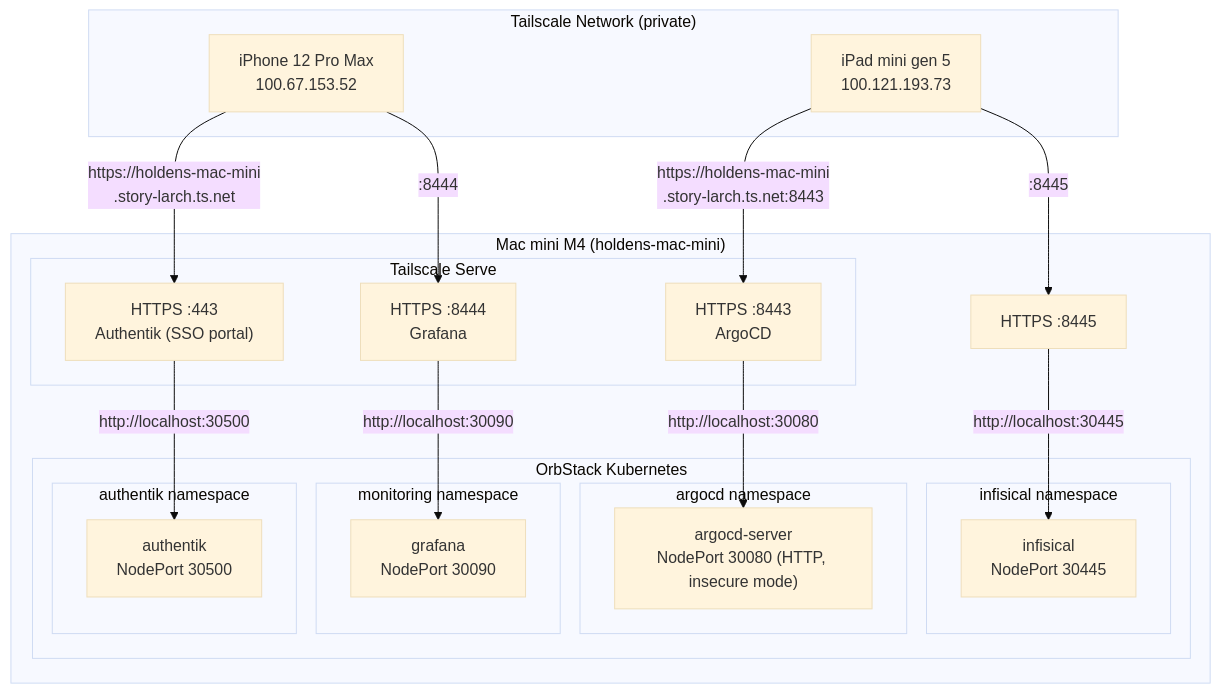
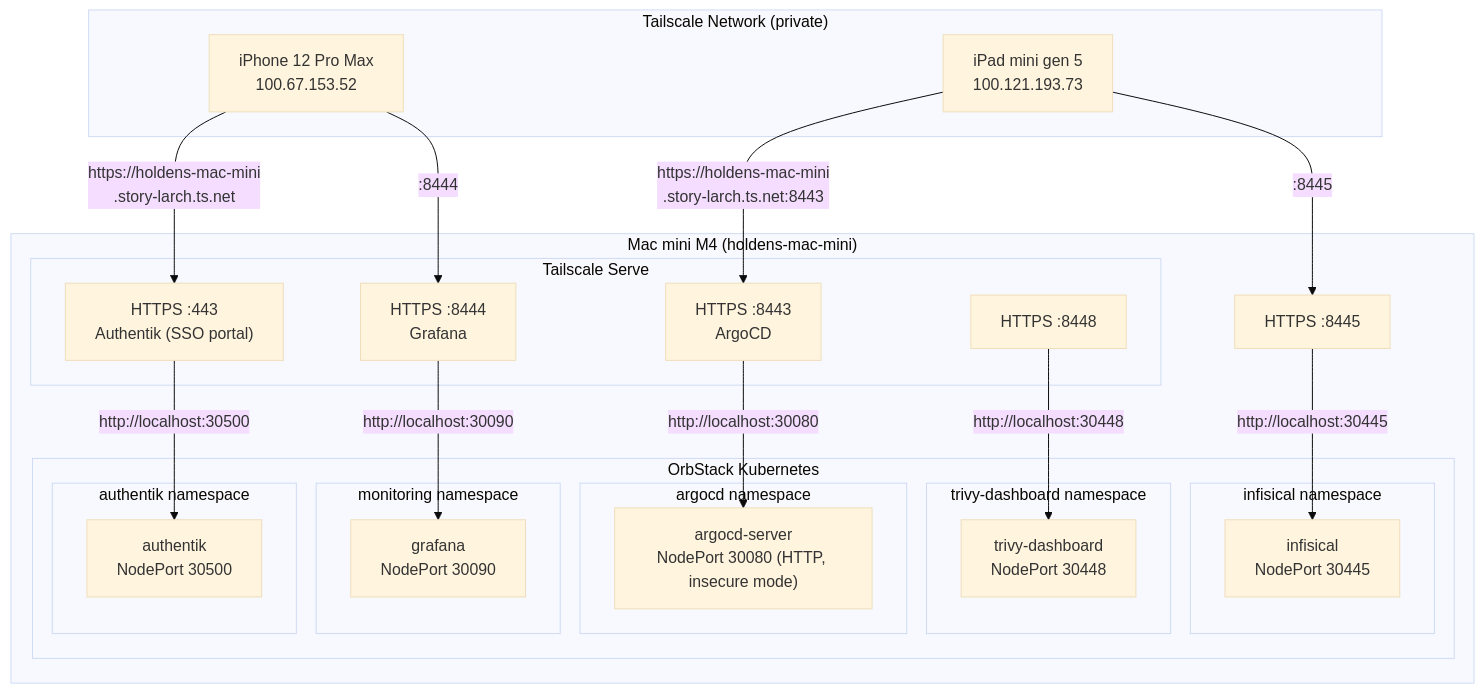
Before and after one commit to haingth77/homelab: the first of 4 diagrams in docs/networking.md, drawn with Mermaid (base theme). The commit also changed other lines of this file and 14 other files, not shown here.

First line of the commit message:
feat: deploy Trivy Operator Dashboard with Authentik portal bookmark (#71)

````diff
--- a/docs/networking.md
+++ b/docs/networking.md
@@ -20,40 +20,45 @@
 ```mermaid
 flowchart TD
     subgraph tailnet["Tailscale Network (private)"]
         iPhone["iPhone 12 Pro Max\n100.67.153.52"]
         iPad["iPad mini gen 5\n100.121.193.73"]
     end
 
     subgraph mac["Mac mini M4 (holdens-mac-mini)"]
         subgraph ts["Tailscale Serve"]
             TLS443["HTTPS :443\nAuthentik (SSO portal)"]
             TLS8443["HTTPS :8443\nArgoCD"]
             TLS8444["HTTPS :8444\nGrafana"]
+            TLS8448
         end
 
         subgraph orbstack["OrbStack Kubernetes"]
             subgraph authentikNs["authentik namespace"]
                 AuthentikSvc["authentik\nNodePort 30500"]
             end
             subgraph argocdNs["argocd namespace"]
                 ArgoCDSvc["argocd-server\nNodePort 30080 (HTTP, insecure mode)"]
             end
             subgraph monNs["monitoring namespace"]
                 GrafanaSvc["grafana\nNodePort 30090"]
             end
             subgraph infisicalNs["infisical namespace"]
                 InfisicalSvc["infisical\nNodePort 30445"]
             end
+            subgraph trivyDashNs["trivy-dashboard namespace"]
+                TrivyDashSvc["trivy-dashboard\nNodePort 30448"]
+            end
         end
 
         TLS443 -- "http://localhost:30500" --> AuthentikSvc
         TLS8443 -- "http://localhost:30080" --> ArgoCDSvc
         TLS8444 -- "http://localhost:30090" --> GrafanaSvc
-        TLS8445["HTTPS :8445"] -- "http://localhost:30445" --> InfisicalSvc
+            TLS8445["HTTPS :8445"] -- "http://localhost:30445" --> InfisicalSvc
+            TLS8448["HTTPS :8448"] -- "http://localhost:30448" --> TrivyDashSvc
     end
 
     iPhone -- "https://holdens-mac-mini\n.story-larch.ts.net" --> TLS443
     iPad -- "https://holdens-mac-mini\n.story-larch.ts.net:8443" --> TLS8443
     iPhone -- ":8444" --> TLS8444
     iPad -- ":8445" --> TLS8445
 ```
````
